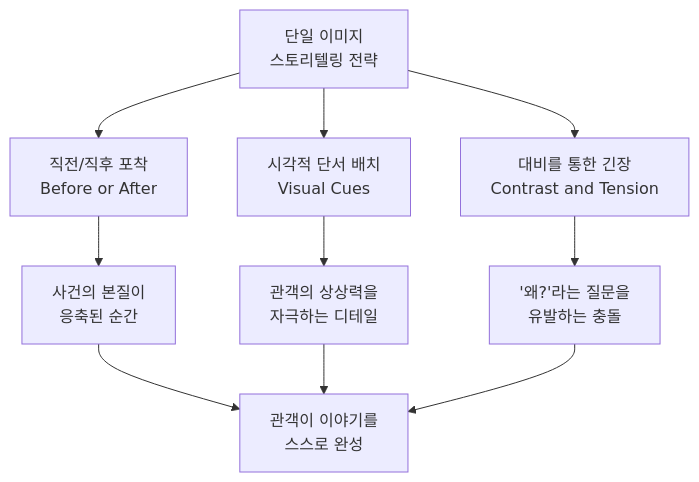
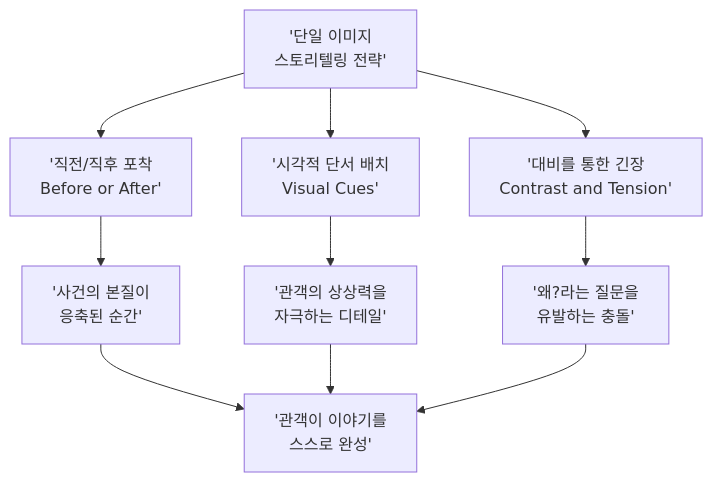
The third of 3 diagrams in 11-ch11-시각적-스토리텔링과-감정-전달/01-01-시각적-스토리텔링의-원리.md (jsonpassion/forge-tutorial-promptcanvas), drawn with Mermaid before and after one commit. The commit also changed other lines of this file and 63 other files, not shown here.

````diff
--- a/11-ch11-시각적-스토리텔링과-감정-전달/01-01-시각적-스토리텔링의-원리.md
+++ b/11-ch11-시각적-스토리텔링과-감정-전달/01-01-시각적-스토리텔링의-원리.md
@@ -114,12 +116,12 @@
 ```mermaid
 flowchart TD
-    A["단일 이미지<br/>스토리텔링 전략"] --> B["직전/직후 포착<br/>Before or After"]
-    A --> C["시각적 단서 배치<br/>Visual Cues"]
-    A --> D["대비를 통한 긴장<br/>Contrast and Tension"]
-    B --> B1["사건의 본질이<br/>응축된 순간"]
-    C --> C1["관객의 상상력을<br/>자극하는 디테일"]
-    D --> D1["'왜?'라는 질문을<br/>유발하는 충돌"]
-    B1 --> E["관객이 이야기를<br/>스스로 완성"]
+    A['단일 이미지<br/>스토리텔링 전략'] --> B['직전/직후 포착<br/>Before or After']
+    A --> C['시각적 단서 배치<br/>Visual Cues']
+    A --> D['대비를 통한 긴장<br/>Contrast and Tension']
+    B --> B1['사건의 본질이<br/>응축된 순간']
+    C --> C1['관객의 상상력을<br/>자극하는 디테일']
+    D --> D1['왜?라는 질문을<br/>유발하는 충돌']
+    B1 --> E['관객이 이야기를<br/>스스로 완성']
     C1 --> E
     D1 --> E
 ```
````
